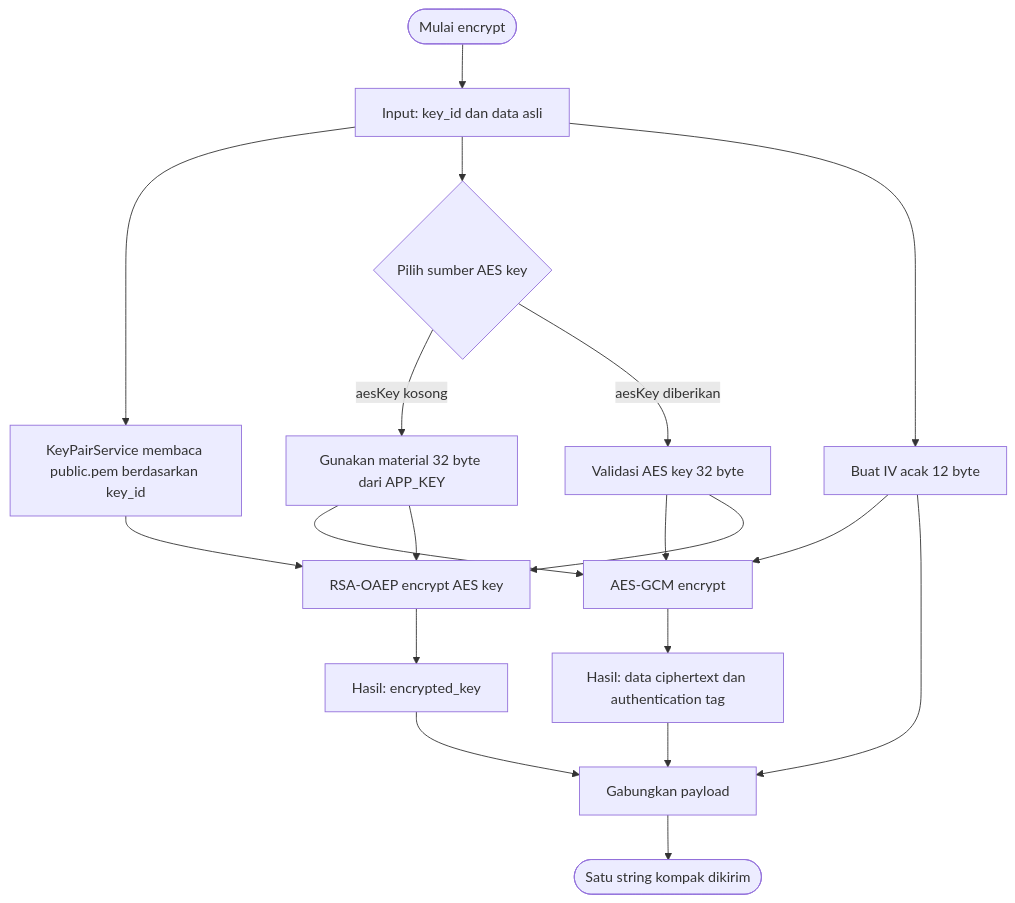
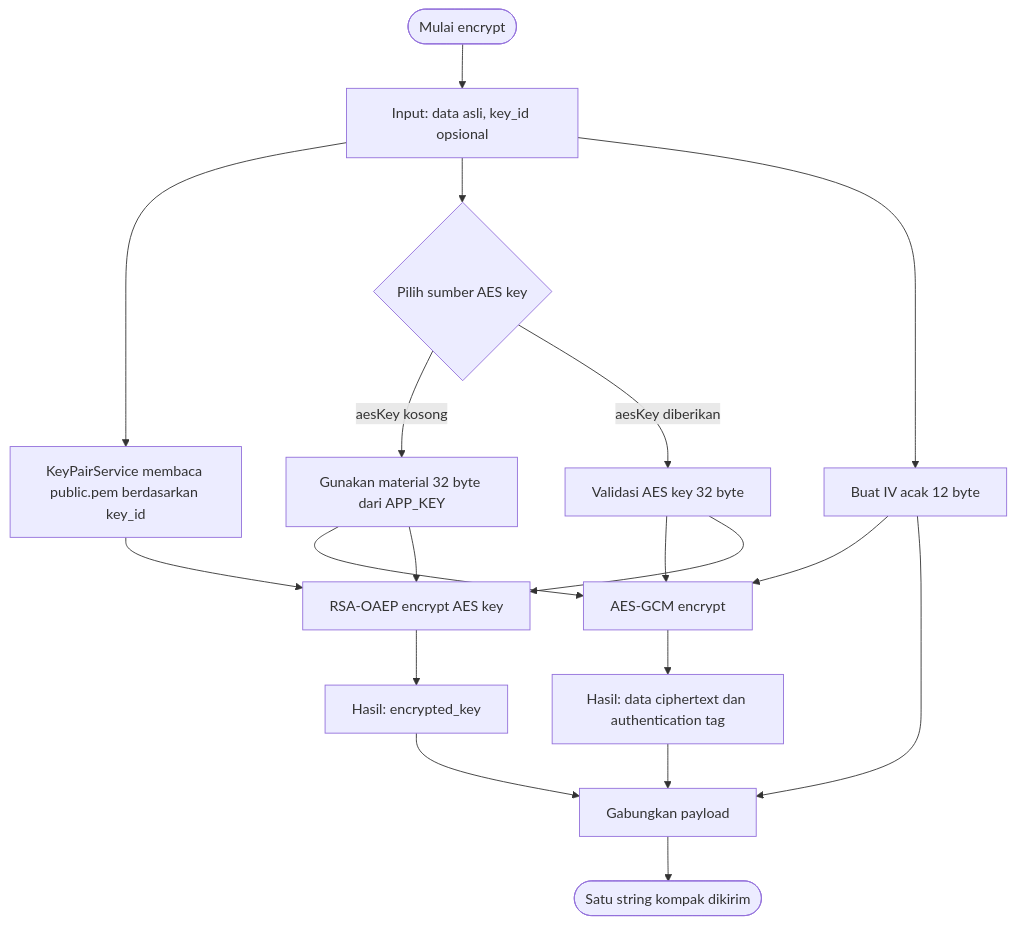
Before and after one commit to Diskominfotik-Gorontalo-Prov/hybrid-encryption: the second of 4 diagrams in README.md, drawn with Mermaid. The commit also changed other lines of this file and 5 other files, not shown here.

Commit message:
feat: perbarui dokumentasi dan logika untuk mendukung key_id opsional pada enkripsi dan dekripsi

````diff
--- a/README.md
+++ b/README.md
@@ -9,21 +46,21 @@
 ```mermaid
 flowchart TD
-    E0([Mulai encrypt]) --> E1[Input: key_id dan data asli]
+    E0([Mulai encrypt]) --> E1[Input: data asli, key_id opsional]
     E1 --> E2[KeyPairService membaca public.pem berdasarkan key_id]
     E1 --> E3{Pilih sumber AES key}
     E3 -->|aesKey kosong| E4[Gunakan material 32 byte dari APP_KEY]
     E3 -->|aesKey diberikan| E5[Validasi AES key 32 byte]
     E1 --> E6[Buat IV acak 12 byte]
     E4 --> E7[AES-GCM encrypt]
     E5 --> E7
     E6 --> E7
     E7 --> E8[Hasil: data ciphertext dan authentication tag]
     E2 --> E9[RSA-OAEP encrypt AES key]
     E4 --> E9
     E5 --> E9
     E9 --> E10[Hasil: encrypted_key]
     E8 --> E11[Gabungkan payload]
     E10 --> E11
     E6 --> E11
     E11 --> E12([Satu string kompak dikirim])
 ```
````
